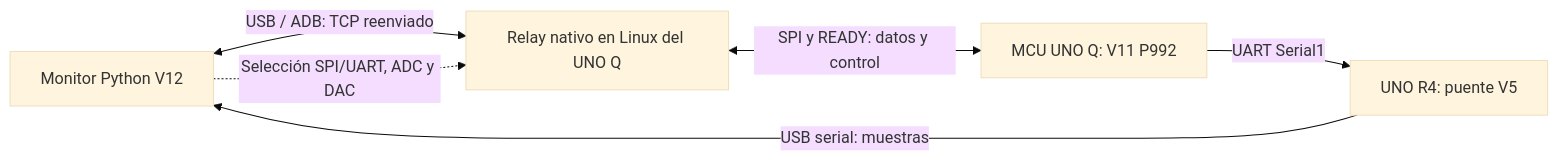
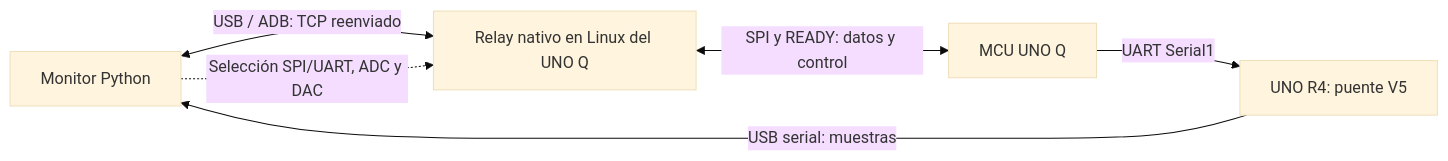
The diagram in docs/TRANSPORTE_TECNICO.md (fmgarciadiaz/SerialPythonMonitor), drawn with Mermaid (base theme) before and after one commit. The commit also changed other lines of this file and 356 other files, not shown here.

````diff
--- a/docs/TRANSPORTE_TECNICO.md
+++ b/docs/TRANSPORTE_TECNICO.md
@@ -5,8 +5,8 @@
 ```mermaid
 flowchart LR
- PC[Monitor Python V12] <-->|USB / ADB: TCP reenviado| RELAY[Relay nativo en Linux del UNO Q]
- RELAY <-->|SPI y READY: datos y control| MCU[MCU UNO Q: V11 P992]
+ PC[Monitor Python] <-->|USB / ADB: TCP reenviado| RELAY[Relay nativo en Linux del UNO Q]
+ RELAY <-->|SPI y READY: datos y control| MCU[MCU UNO Q]
  MCU -->|UART Serial1| R4[UNO R4: puente V5]
  R4 -->|USB serial: muestras| PC
  PC -.->|Selección SPI/UART, ADC y DAC| RELAY
 ```
````
